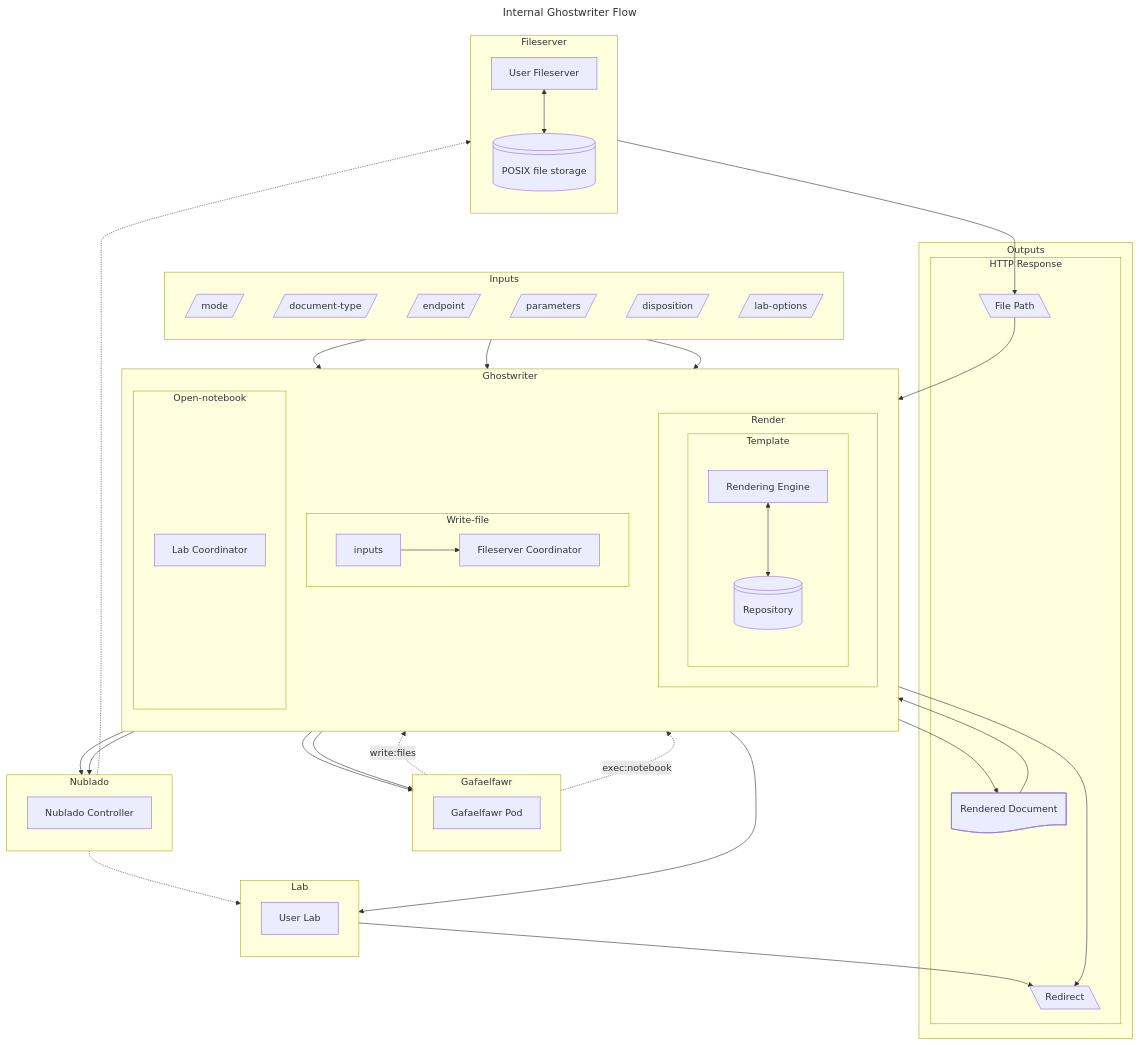
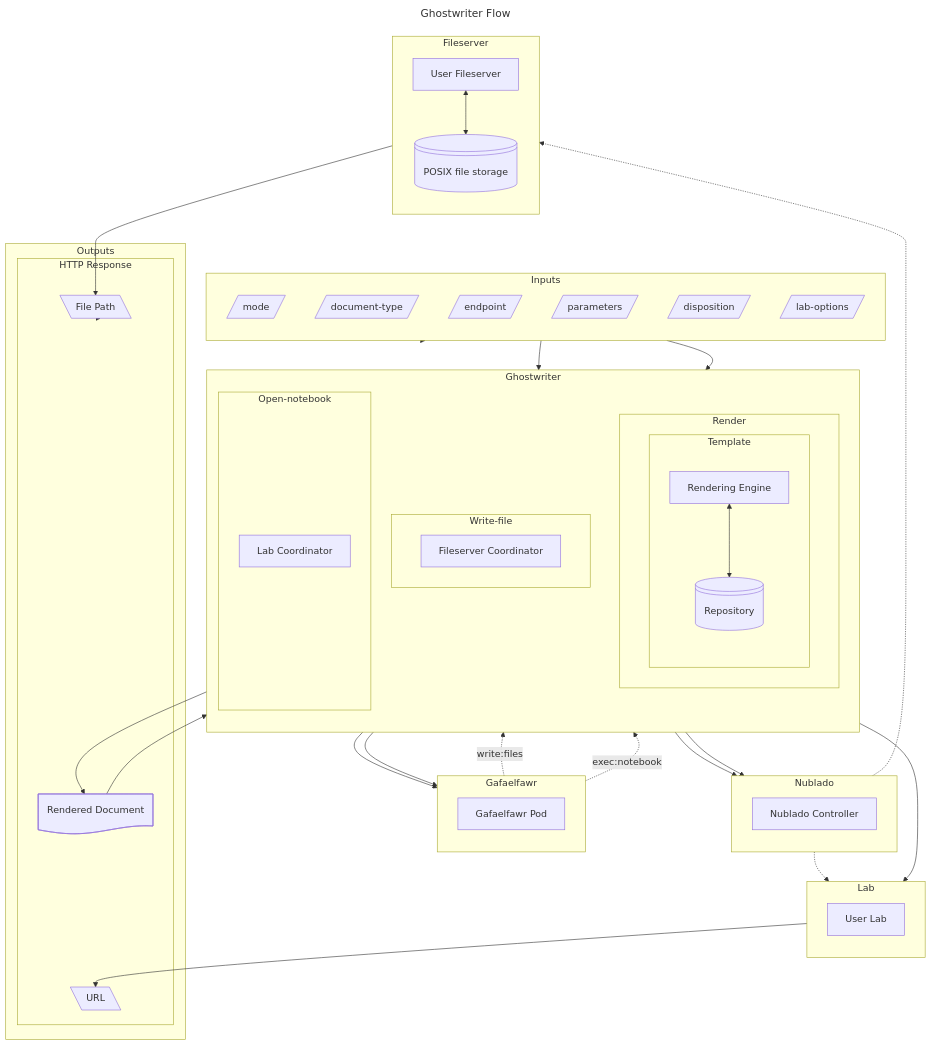
The third of 5 diagrams in index.md (lsst-sqre/sqr-110), drawn with Mermaid before and after one commit. The commit also changed other lines of this file, not shown here.

Commit message:
Split Ghostwriter and Dixon

````diff
--- a/index.md
+++ b/index.md
@@ -17,76 +289,73 @@
 ```mermaid
 ---
-title: Internal Ghostwriter Flow
+title: Ghostwriter Flow
 ---
 
 graph TB
   subgraph Inputs
     direction TB
     mode@{ shape: lean-r }
     document-type@{ shape: lean-r }
     endpoint@{ shape: lean-r }
     parameters@{ shape: lean-r }
     disposition@{ shape: lean-r }
     lab-options@{ shape: lean-r }
   end
   subgraph Ghostwriter
     direction TB
     subgraph Render
       direction LR
       subgraph Template
         direction TB
         engine@{ shape: rect, label: "Rendering Engine" }<-->repo@{ shape: lin-cyl, label: "Repository" }
       end
     end
     subgraph Write-file
       direction LR
       fs_coordinator@{ shape: rect, label: "Fileserver Coordinator" }
-      inputs-->fs_coordinator
-
     end
     subgraph Open-notebook
       lab_coordinator@{ shape: rect, label: "Lab Coordinator" }
     end
   end
   subgraph Nublado
     direction TB
     nb_pod@{ shape: rect, label: "Nublado Controller" }
     fs_coordinator-->nb_pod
     lab_coordinator-->nb_pod
   end
   subgraph Gafaelfawr
     direction TB
     gf_pod@{ shape: rect, label: "Gafaelfawr Pod" }
     fs_coordinator-->gf_pod
     lab_coordinator-->gf_pod
     gf_pod-.->|write:files|fs_coordinator
     gf_pod-.->|exec:notebook|lab_coordinator
   end
   subgraph Lab
     direction TB
     lab_pod@{ shape: rect, label: "User Lab" }
   end
   subgraph Fileserver
     direction TB
     fs_pod@{ shape: rect, label: "User Fileserver"}<-->storage@{shape: lin-cyl, label: "POSIX file storage"}
   end
   subgraph Outputs
     subgraph HTTP Response
       doc@{ shape: doc, label: "Rendered Document" }
       file_out@{ shape: lean-l, label: "File Path"}
-      lab_url@{shape: lean-l, label: "Redirect" }
+      lab_url@{shape: lean-l, label: "URL" }
 	end
   end
   engine-->doc
-  doc-->fs_coordinator
-  file_out-->lab_coordinator
-  lab_coordinator-->lab_url 
+  doc-->Write-file
+  file_out-->Open-notebook
   fs_pod-->file_out
   nb_pod-.->fs_pod
   lab_coordinator-->lab_pod
   lab_pod-->lab_url
   nb_pod-.->lab_pod
   Inputs --> Render
   Inputs --> Write-file
   Inputs --> Open-notebook
 ```
````
